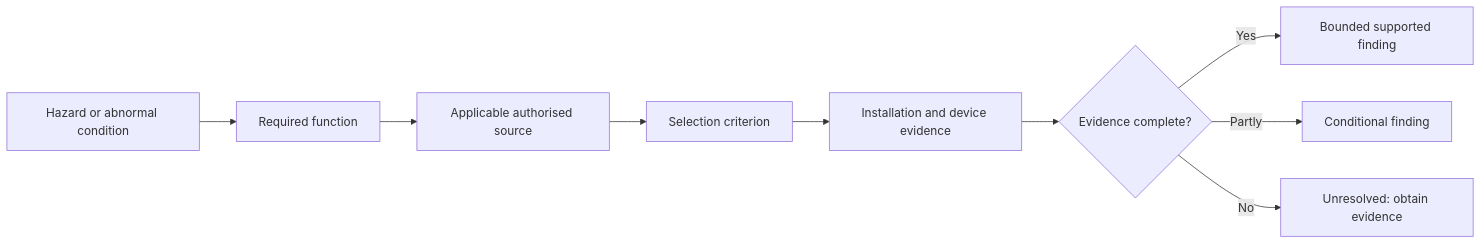
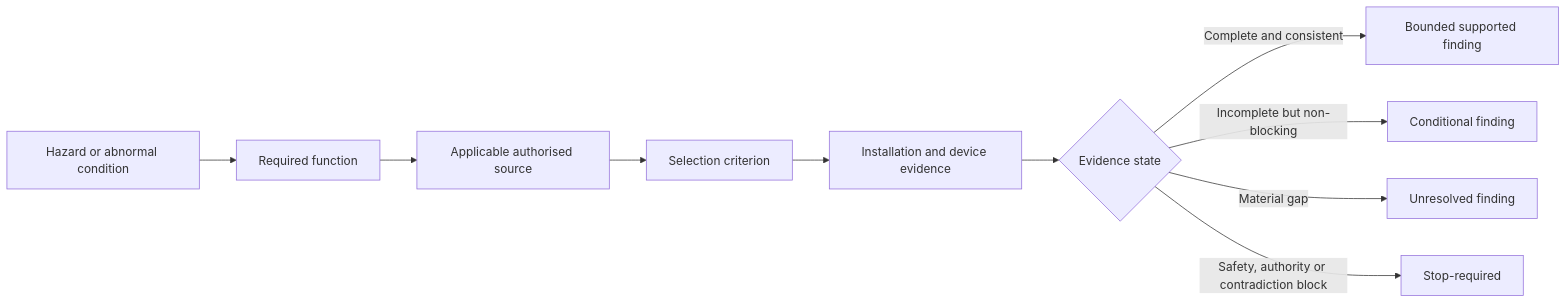
Before and after one commit to andrew3stedall/capstone: the second of 2 diagrams in docs/learning-plans/12-week/modules/day-13-protection-selection-evidence-workflow-using-original-scenarios.md, drawn with Mermaid. The commit also changed other lines of this file, not shown here.

Commit message:
Improve Day 13 protection evidence workflow

````diff
--- a/docs/learning-plans/12-week/modules/day-13-protection-selection-evidence-workflow-using-original-scenarios.md
+++ b/docs/learning-plans/12-week/modules/day-13-protection-selection-evidence-workflow-using-original-scenarios.md
@@ -140,11 +151,12 @@
 ```mermaid
 flowchart LR
     H["Hazard or abnormal condition"] --> F["Required function"]
     F --> S["Applicable authorised source"]
     S --> C["Selection criterion"]
     C --> E["Installation and device evidence"]
-    E --> Q{"Evidence complete?"}
-    Q -->|"Yes"| B["Bounded supported finding"]
-    Q -->|"Partly"| P["Conditional finding"]
-    Q -->|"No"| U["Unresolved: obtain evidence"]
+    E --> Q{"Evidence state"}
+    Q -->|"Complete and consistent"| B["Bounded supported finding"]
+    Q -->|"Incomplete but non-blocking"| P["Conditional finding"]
+    Q -->|"Material gap"| U["Unresolved finding"]
+    Q -->|"Safety, authority or contradiction block"| X["Stop-required"]
 ```
````
